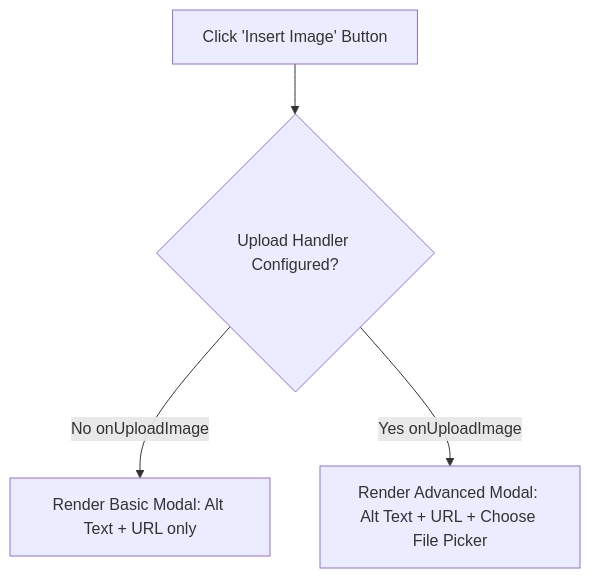
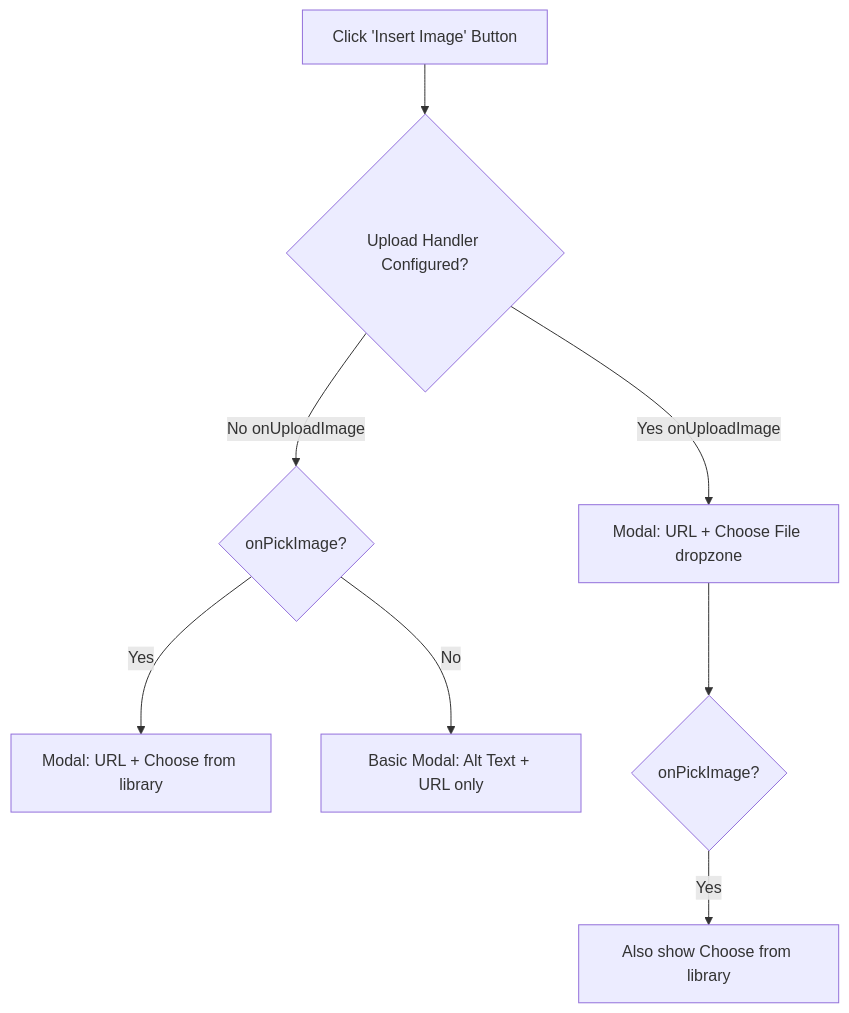
Before and after one commit to slpstream/traven: the diagram in docs/images.md, drawn with Mermaid. The commit also changed other lines of this file and 13 other files, not shown here.

Commit message:
feat(image): add onPickImage media library callback and openImageModal helper

````diff
--- a/docs/images.md
+++ b/docs/images.md
@@ -23,6 +23,10 @@
 ```mermaid
 graph TD
     ClickImage[Click 'Insert Image' Button] --> CheckHandler{Upload Handler Configured?}
-    CheckHandler -->|No onUploadImage| LegacyModal[Render Basic Modal: Alt Text + URL only]
-    CheckHandler -->|Yes onUploadImage| CompleteModal[Render Advanced Modal: Alt Text + URL + Choose File Picker]
+    CheckHandler -->|No onUploadImage| CheckPick{onPickImage?}
+    CheckHandler -->|Yes onUploadImage| CompleteModal[Modal: URL + Choose File dropzone]
+    CheckPick -->|Yes| PickModal[Modal: URL + Choose from library]
+    CheckPick -->|No| LegacyModal[Basic Modal: Alt Text + URL only]
+    CompleteModal --> CheckPick2{onPickImage?}
+    CheckPick2 -->|Yes| Both[Also show Choose from library]
 ```
````
